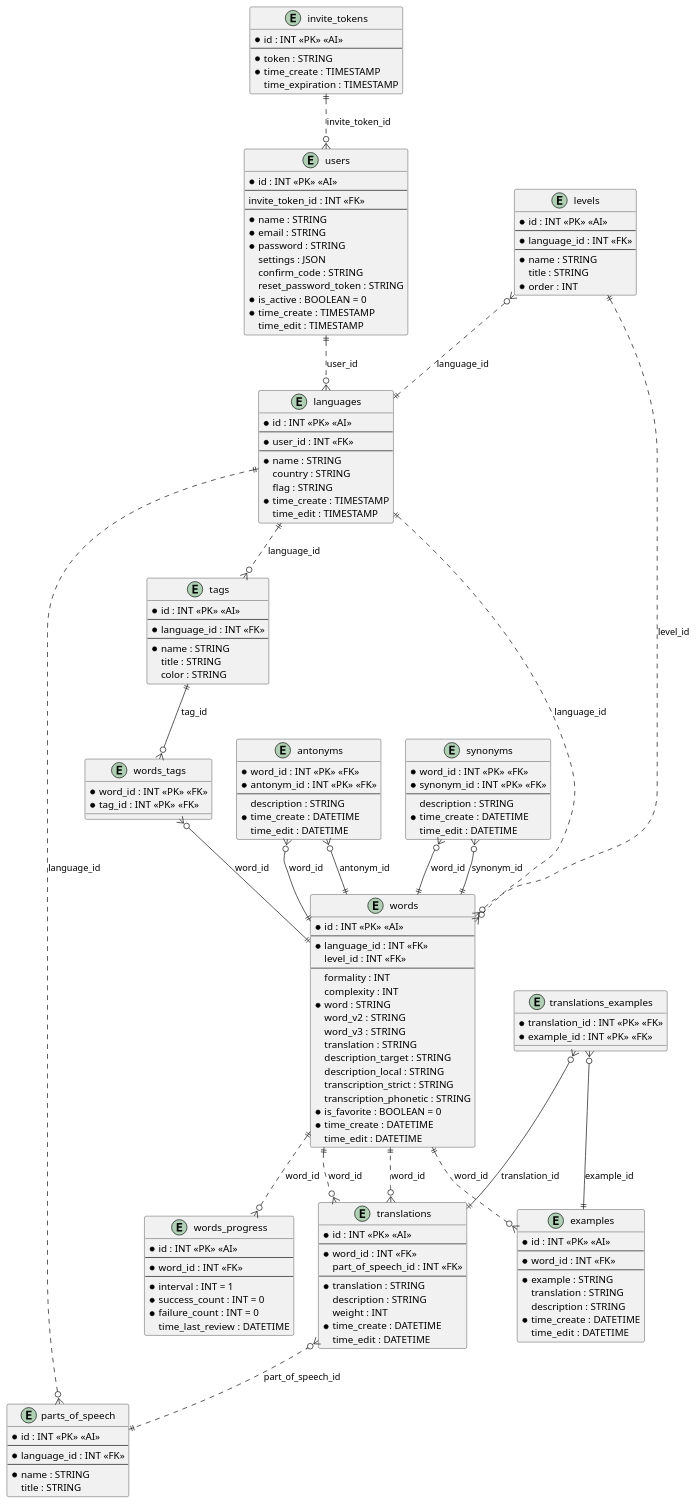
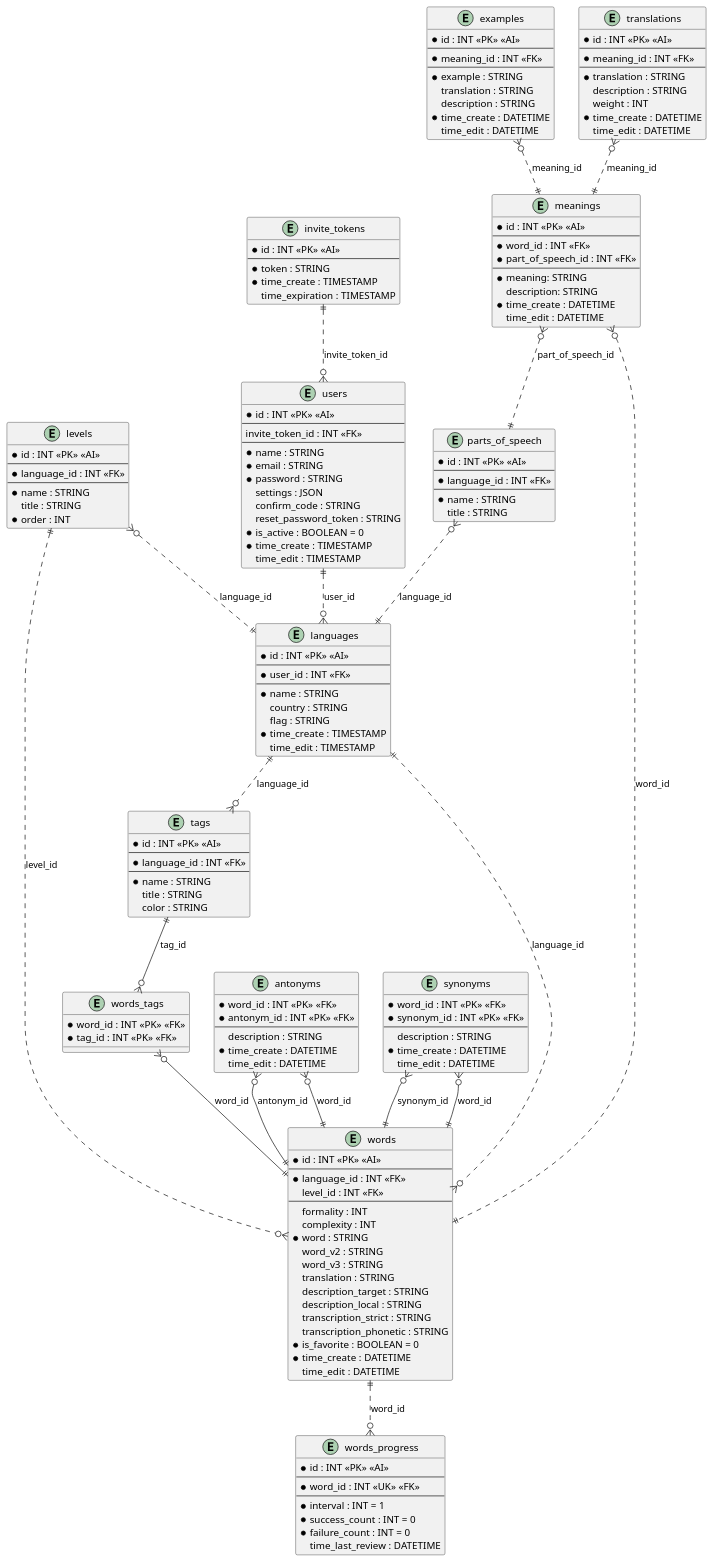
One commit to ewwmy/dictionary changed the diagram in database/model/dictionary.puml. Above: the diagram before and after it, drawn with PlantUML. The commit also changed 1 other file, not shown here.

```diff
--- a/database/model/dictionary.puml
+++ b/database/model/dictionary.puml
@@ -1,177 +1,181 @@
 @startuml dictionary
 
 ' this flag is used to make wires straight-angled:
 ' skinparam linetype ortho
 
 entity invite_tokens {
   * id : INT <<PK>> <<AI>>
   ---
   * token : STRING
   * time_create : TIMESTAMP
   time_expiration : TIMESTAMP
 }
 
 entity users {
   * id : INT <<PK>> <<AI>>
   ---
   invite_token_id : INT <<FK>>
   ---
   * name : STRING
   * email : STRING
   * password : STRING
   settings : JSON
   confirm_code : STRING
   reset_password_token : STRING
   * is_active : BOOLEAN = 0
   * time_create : TIMESTAMP
   time_edit : TIMESTAMP
 }
 
 entity languages {
   * id : INT <<PK>> <<AI>>
   ---
   * user_id : INT <<FK>>
   ---
   * name : STRING
   country : STRING
   flag : STRING
   * time_create : TIMESTAMP
   time_edit : TIMESTAMP
 }
 
 entity tags {
   * id : INT <<PK>> <<AI>>
   ---
   * language_id : INT <<FK>>
   ---
   * name : STRING
   title : STRING
   color : STRING
 }
 
 entity words_tags {
   * word_id : INT <<PK>> <<FK>>
   * tag_id : INT <<PK>> <<FK>>
 }
 
 entity words_progress {
   * id : INT <<PK>> <<AI>>
   ---
-  * word_id : INT <<FK>>
+  * word_id : INT <<UK>> <<FK>>
   ---
   * interval : INT = 1
   * success_count : INT = 0
   * failure_count : INT = 0
   time_last_review : DATETIME
 }
 
 entity antonyms {
   * word_id : INT <<PK>> <<FK>>
   * antonym_id : INT <<PK>> <<FK>>
   ---
   description : STRING
   * time_create : DATETIME
   time_edit : DATETIME
 }
 
 entity synonyms {
   * word_id : INT <<PK>> <<FK>>
   * synonym_id : INT <<PK>> <<FK>>
   ---
   description : STRING
   * time_create : DATETIME
   time_edit : DATETIME
 }
 
 entity words {
   * id : INT <<PK>> <<AI>>
   ---
   * language_id : INT <<FK>>
   level_id : INT <<FK>>
   ---
   formality : INT
   complexity : INT
   * word : STRING
   word_v2 : STRING
   word_v3 : STRING
   translation : STRING
   description_target : STRING
   description_local : STRING
   transcription_strict : STRING
   transcription_phonetic : STRING
   * is_favorite : BOOLEAN = 0
   * time_create : DATETIME
   time_edit : DATETIME
 }
 
 entity levels {
   * id : INT <<PK>> <<AI>>
   ---
   * language_id : INT <<FK>>
   ---
   * name : STRING
   title : STRING
   * order : INT
 }
 
 entity parts_of_speech {
   * id : INT <<PK>> <<AI>>
   ---
   * language_id : INT <<FK>>
   ---
   * name : STRING
   title : STRING
 }
 
 entity examples {
   * id : INT <<PK>> <<AI>>
   ---
-  * word_id : INT <<FK>>
+  * meaning_id : INT <<FK>>
   ---
   * example : STRING
   translation : STRING
   description : STRING
   * time_create : DATETIME
   time_edit : DATETIME
 }
 
 entity translations {
   * id : INT <<PK>> <<AI>>
   ---
-  * word_id : INT <<FK>>
-  part_of_speech_id : INT <<FK>>
+  * meaning_id : INT <<FK>>
   ---
   * translation : STRING
   description : STRING
   weight : INT
   * time_create : DATETIME
   time_edit : DATETIME
 }
 
-entity translations_examples {
-  * translation_id : INT <<PK>> <<FK>>
-  * example_id : INT <<PK>> <<FK>>
+entity meanings {
+  * id : INT <<PK>> <<AI>>
+  ---
+  * word_id : INT <<FK>>
+  * part_of_speech_id : INT <<FK>>
+  ---
+  * meaning: STRING
+  description: STRING
+  * time_create : DATETIME
+  time_edit : DATETIME
 }
 
 invite_tokens ||..o{ users : "invite_token_id"
 users ||..o{ languages : "user_id"
 languages ||..o{ tags : "language_id"
 languages ||..o{ words : "language_id"
 tags ||--o{ words_tags : "tag_id"
 words_tags }o--|| words : "word_id"
 antonyms }o--|| words : "word_id"
 antonyms }o--|| words : "antonym_id"
 synonyms }o--|| words : "word_id"
 synonyms }o--|| words : "synonym_id"
 words ||..o{ words_progress : "word_id"
-words ||..o{ examples : "word_id"
-words ||..o{ translations : "word_id"
-translations_examples }o--|| translations : "translation_id"
-translations_examples }o--|| examples : "example_id"
-translations }o..|| words : "word_id"
-translations }o..|| parts_of_speech : "part_of_speech_id"
+meanings }o..|| words : "word_id"
+examples }o..|| meanings : "meaning_id"
+translations }o..|| meanings : "meaning_id"
+meanings }o..|| parts_of_speech : "part_of_speech_id"
 parts_of_speech }o..|| languages : "language_id"
 levels }o..|| languages : "language_id"
 levels ||..o{ words : "level_id"
 
 @enduml
```
